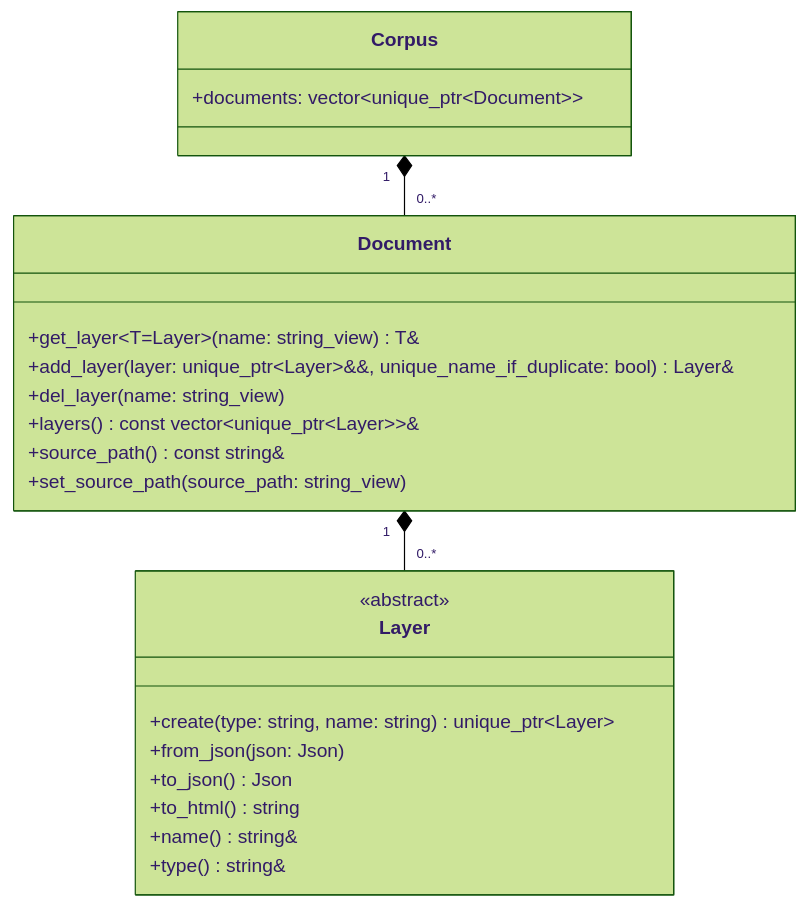
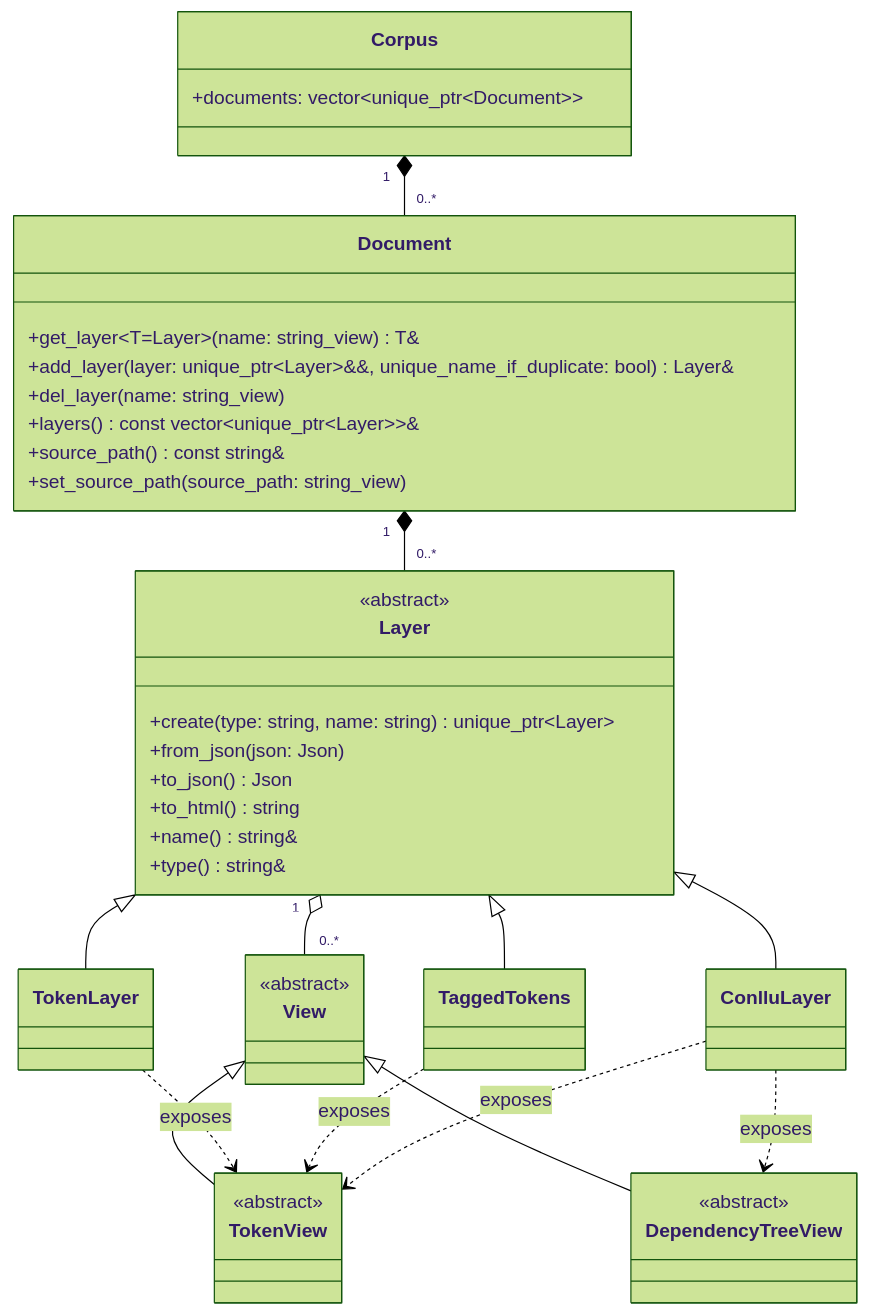
One commit to ufal/linpipe changed the first of 10 diagrams in docs/src/dev/architecture.md. Above: the diagram before and after it, drawn with Mermaid (forest theme). The commit also changed other lines of this file, not shown here.

````diff
--- a/docs/src/dev/architecture.md
+++ b/docs/src/dev/architecture.md
@@ -29,28 +43,57 @@
 ```mermaid
 classDiagram
   class Corpus {
     +documents: vector~unique_ptr~Document~~
   }
 
   class Document {
     +get_layer~T=Layer~(name: string_view) T&
     +add_layer(layer: unique_ptr~Layer~&&, unique_name_if_duplicate: bool) Layer&
     +del_layer(name: string_view)
     +layers() const vector~unique_ptr~Layer~~&
     +source_path() const string&
     +set_source_path(source_path: string_view)
   }
 
   class Layer {
     <<abstract>>
     +create(type: string, name: string) unique_ptr~Layer~
     +from_json(json: Json)
     +to_json() Json
     +to_html() string
     +name() string&
     +type() string&
   }
 
+  class View {
+    <<abstract>>
+  }
+
+  class TokenView {
+    <<abstract>>
+  }
+
+  class DependencyTreeView {
+    <<abstract>>
+  }
+
+  class TokenLayer
+  class TaggedTokens
+  class ConlluLayer
+
   Corpus "1" *-- "0..*" Document
   Document "1" *-- "0..*" Layer
+  Layer "1" o-- "0..*" View
+
+  View <|-- TokenView
+  View <|-- DependencyTreeView
+
+  Layer <|-- TokenLayer
+  Layer <|-- TaggedTokens
+  Layer <|-- ConlluLayer
+
+  TokenLayer ..> TokenView : exposes
+  TaggedTokens ..> TokenView : exposes
+  ConlluLayer ..> TokenView : exposes
+  ConlluLayer ..> DependencyTreeView : exposes
 ```
````
